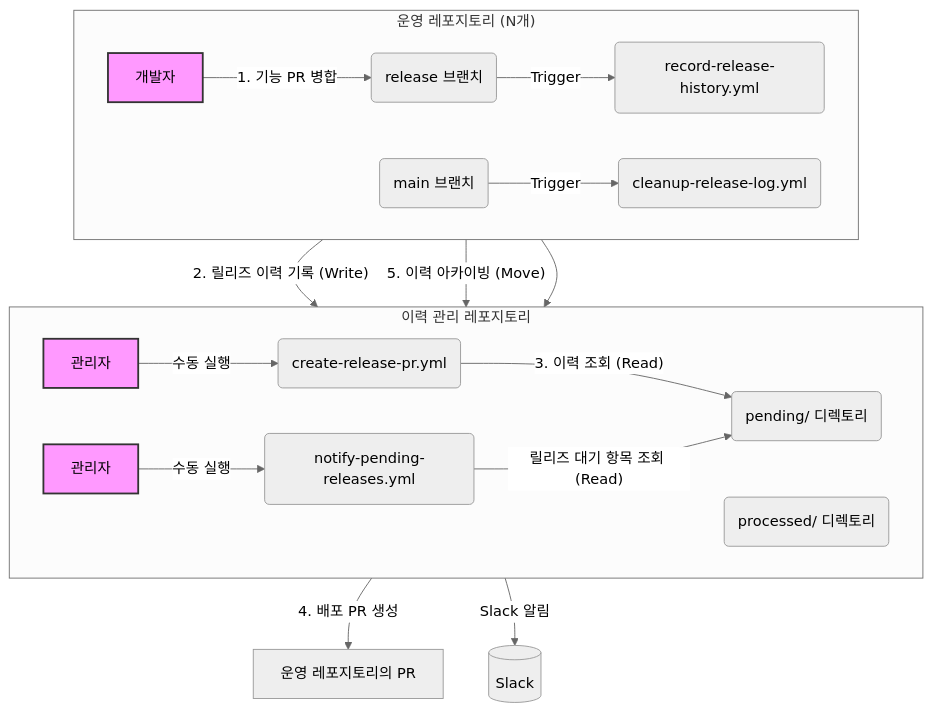
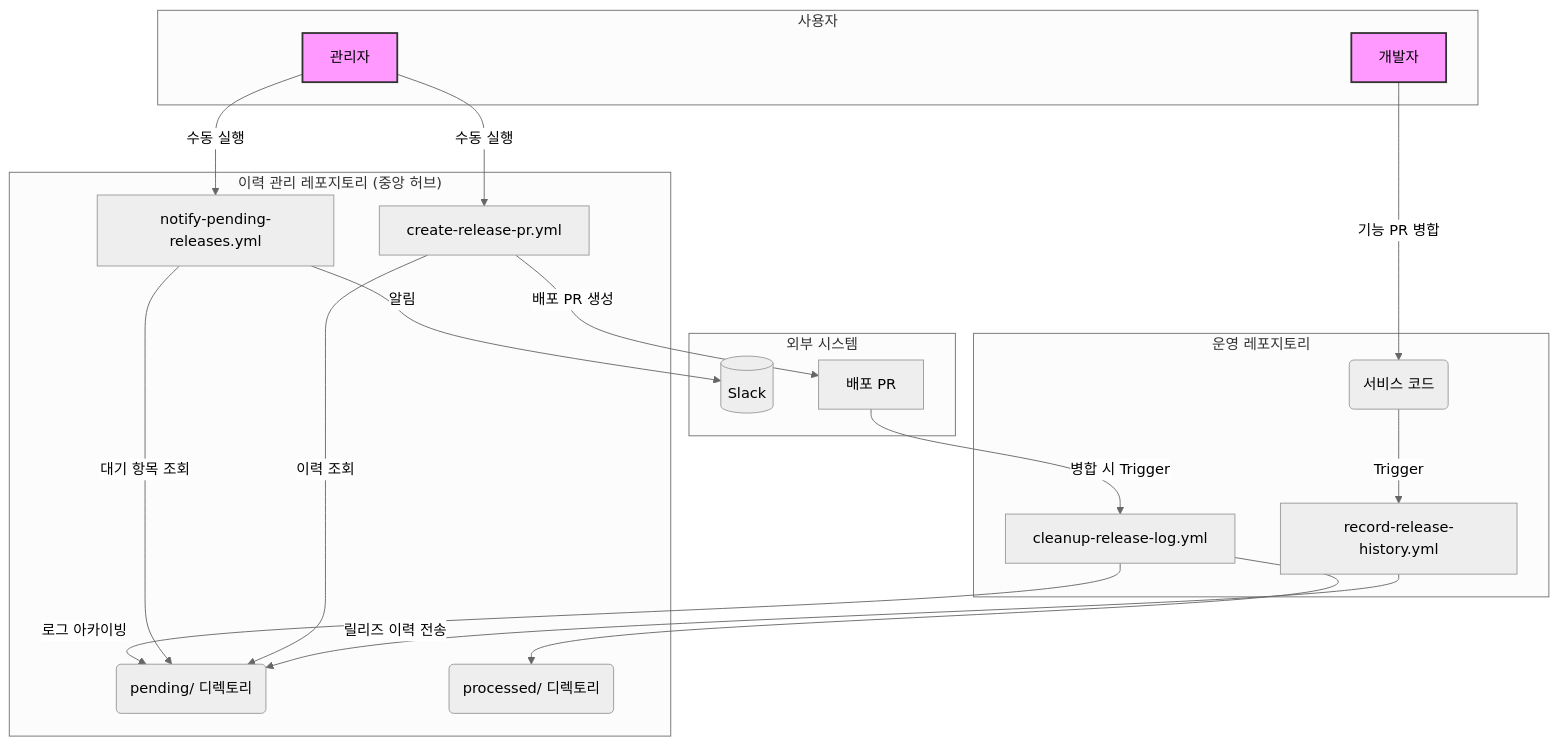
Before and after one commit to robert-choi-yongguk/closet-deploy-management: the diagram in docs/system-overview.md, drawn with Mermaid (neutral theme).

Commit message:
ㄷㅇㄷ

````diff
--- a/docs/system-overview.md
+++ b/docs/system-overview.md
@@ -5,29 +5,45 @@
 ```mermaid
 graph TD
-    subgraph "운영 레포지토리 (N개)"
-        direction LR
-        Dev[개발자] -- "1. 기능 PR 병합" --> ReleaseBranch(release 브랜치)
-        ReleaseBranch -- "Trigger" --> RecordHistory(record-release-history.yml)
-        MainBranch(main 브랜치) -- "Trigger" --> CleanupLog(cleanup-release-log.yml)
+    subgraph "사용자"
+        Dev[개발자]
+        Admin[관리자]
     end
 
-    subgraph "이력 관리 레포지토리"
-        direction LR
-        Admin[관리자] -- "수동 실행" --> CreatePR(create-release-pr.yml)
-        Admin2[관리자] -- "수동 실행" --> Notify(notify-pending-releases.yml)
+    subgraph "운영 레포지토리"
+        OpRepo(서비스 코드)
+        RecordHistory[record-release-history.yml]
+        CleanupLog[cleanup-release-log.yml]
+    end
+    
+    subgraph "이력 관리 레포지토리 (중앙 허브)"
         PendingLogs(pending/ 디렉토리)
         ProcessedLogs(processed/ 디렉토리)
+        CreatePR[create-release-pr.yml]
+        Notify[notify-pending-releases.yml]
     end
 
-    RecordHistory -- "2. 릴리즈 이력 기록 (Write)" --> PendingLogs
-    CreatePR -- "3. 이력 조회 (Read)" --> PendingLogs
-    CreatePR -- "4. 배포 PR 생성" --> OperationalRepoPR[운영 레포지토리의 PR]
-    CleanupLog -- "5. 이력 아카이빙 (Move)" --> PendingLogs
+    subgraph "외부 시스템"
+        Slack[(Slack)]
+        DeploymentPR[배포 PR]
+    end
+
+    Dev -- "기능 PR 병합" --> OpRepo
+    OpRepo -- "Trigger" --> RecordHistory
+    RecordHistory -- "릴리즈 이력 전송" --> PendingLogs
+
+    Admin -- "수동 실행" --> CreatePR
+    Admin -- "수동 실행" --> Notify
+
+    CreatePR -- "이력 조회" --> PendingLogs
+    CreatePR -- "배포 PR 생성" --> DeploymentPR
+    
+    Notify -- "대기 항목 조회" --> PendingLogs
+    Notify -- "알림" --> Slack
+
+    DeploymentPR -- "병합 시 Trigger" --> CleanupLog
+    CleanupLog -- "로그 아카이빙" --> PendingLogs
     CleanupLog -- " " --> ProcessedLogs
-    Notify -- "릴리즈 대기 항목 조회 (Read)" --> PendingLogs
-    Notify -- "Slack 알림" --> Slack[(Slack)]
 
     style Dev fill:#f9f,stroke:#333,stroke-width:2px
     style Admin fill:#f9f,stroke:#333,stroke-width:2px
-    style Admin2 fill:#f9f,stroke:#333,stroke-width:2px
 ```
````
